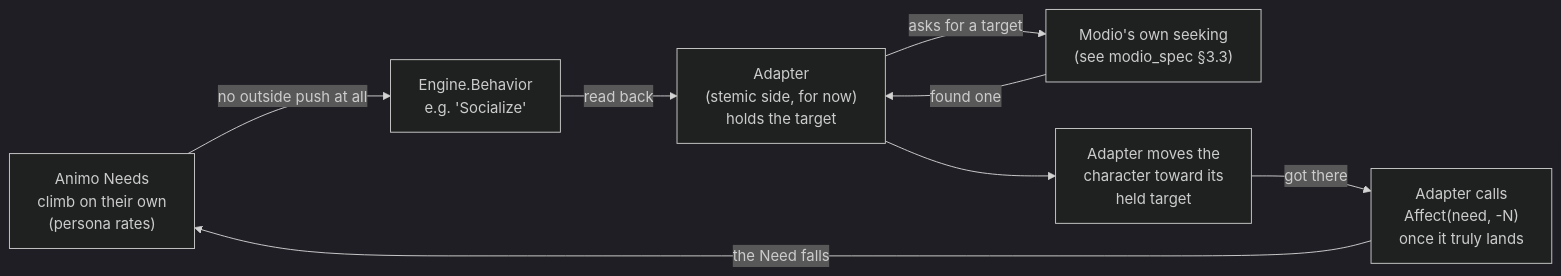
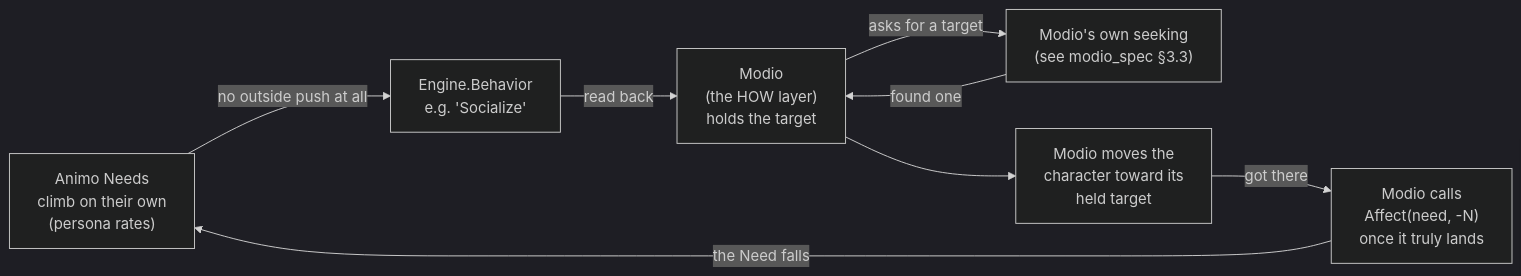
The diagram in docs/adapter_spec.md (hiroxpepe/animo), drawn with Mermaid (dark theme) before and after one commit. The commit also changed other lines of this file and 3 other files, not shown here.

````diff
--- a/docs/adapter_spec.md
+++ b/docs/adapter_spec.md
@@ -74,16 +85,16 @@
 ```mermaid
 flowchart LR
   N["Animo Needs<br/>climb on their own<br/>(persona rates)"]
   B["Engine.Behavior<br/>e.g. 'Socialize'"]
-  A["Adapter<br/>(stemic side, for now)<br/>holds the target"]
+  A["Modio<br/>(the HOW layer)<br/>holds the target"]
   S["Modio's own seeking<br/>(see modio_spec §3.3)"]
-  M["Adapter moves the<br/>character toward its<br/>held target"]
-  F["Adapter calls<br/>Affect(need, -N)<br/>once it truly lands"]
+  M["Modio moves the<br/>character toward its<br/>held target"]
+  F["Modio calls<br/>Affect(need, -N)<br/>once it truly lands"]
   N -- "no outside push at all" --> B
   B -- "read back" --> A
   A -- "asks for a target" --> S
   S -- "found one" --> A
   A --> M
   M -- "got there" --> F
   F -- "the Need falls" --> N
 ```
````
